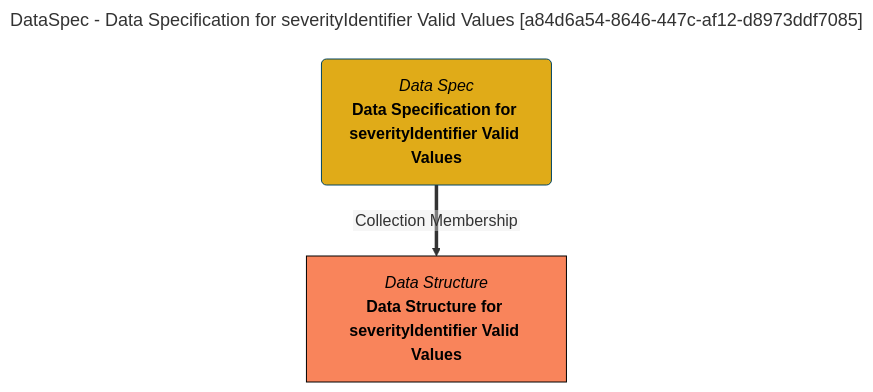
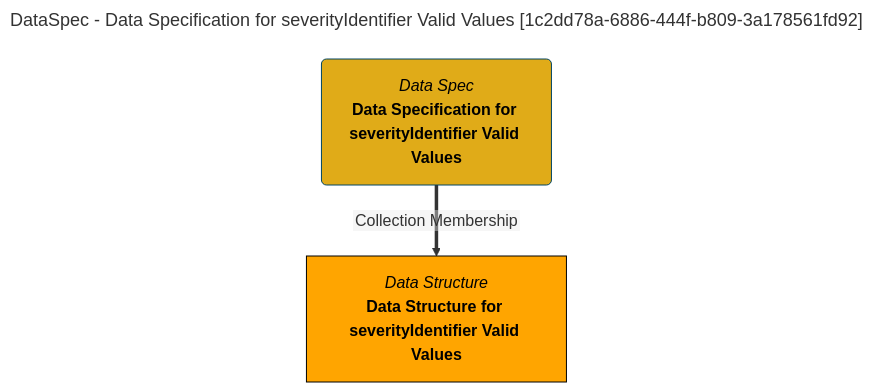
One commit to odpi/egeria-docs changed the diagram in site/snippets/collections/data-specs/data-specification-for-severityidentifier-valid-values-mermaid-graph.md. Above: the diagram before and after it, drawn with Mermaid. The commit also changed 2201 other files, not shown here.

````diff
--- a/site/snippets/collections/data-specs/data-specification-for-severityidentifier-valid-values-mermaid-graph.md
+++ b/site/snippets/collections/data-specs/data-specification-for-severityidentifier-valid-values-mermaid-graph.md
@@ -1,15 +1,15 @@
 ```mermaid
 ---
-title: DataSpec - Data Specification for severityIdentifier Valid Values [a84d6a54-8646-447c-af12-d8973ddf7085]
+title: DataSpec - Data Specification for severityIdentifier Valid Values [1c2dd78a-6886-444f-b809-3a178561fd92]
 ---
 flowchart TD
 %%{init: {"flowchart": {"htmlLabels": false}} }%%
 
 1@{ shape: rounded, label: "*Data Spec*
 **Data Specification for severityIdentifier Valid Values**"}
 2@{ shape: rect, label: "*Data Structure*
 **Data Structure for severityIdentifier Valid Values**"}
 1==>|"Collection Membership"|2
 style 1 color:#000000, fill:#e0ab18, stroke:#004563
-style 2 color:#000000, fill:#f9845b, stroke:#000000
+style 2 color:#000000, fill:#FFA500, stroke:#000000
 ```
````
